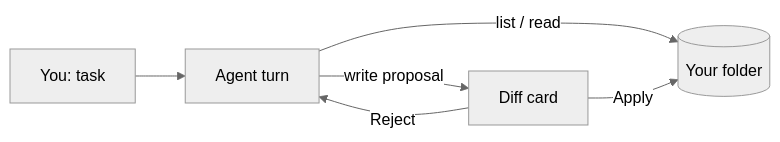
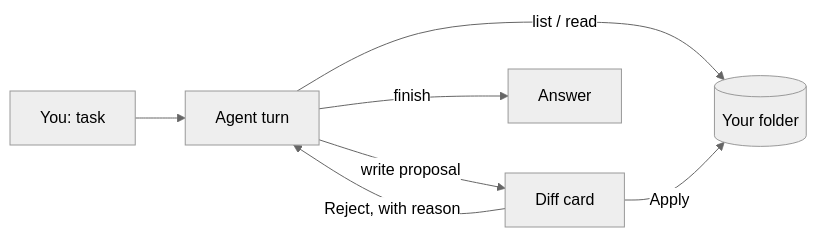
The diagram in README.md (meshoklv/pocket-agent), drawn with Mermaid (neutral theme) before and after one commit. The commit also changed other lines of this file and 63 other files, not shown here.

````diff
--- a/README.md
+++ b/README.md
@@ -41,8 +87,9 @@
 ```mermaid
 flowchart LR
   U[You: task] --> A[Agent turn]
   A -->|list / read| F[(Your folder)]
   A -->|write proposal| D[Diff card]
   D -->|Apply| F
-  D -->|Reject| A
+  D -->|Reject, with reason| A
+  A -->|finish| R[Answer]
 ```
````
